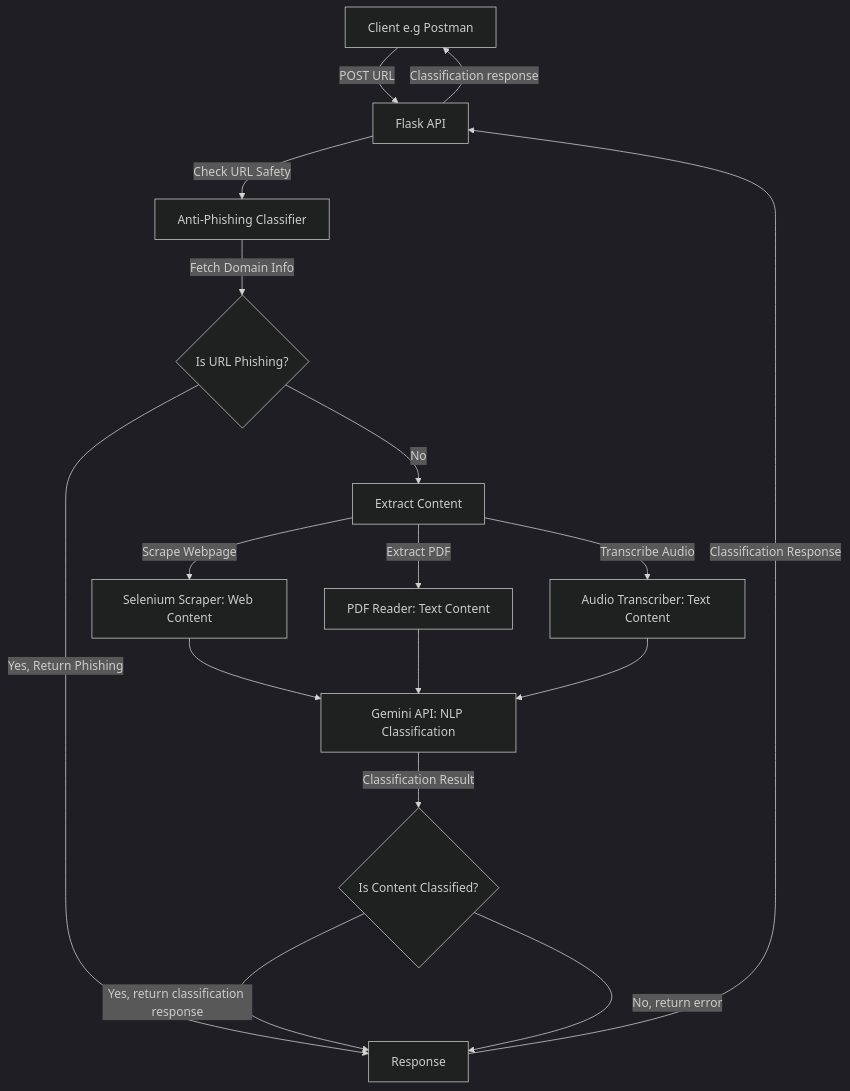
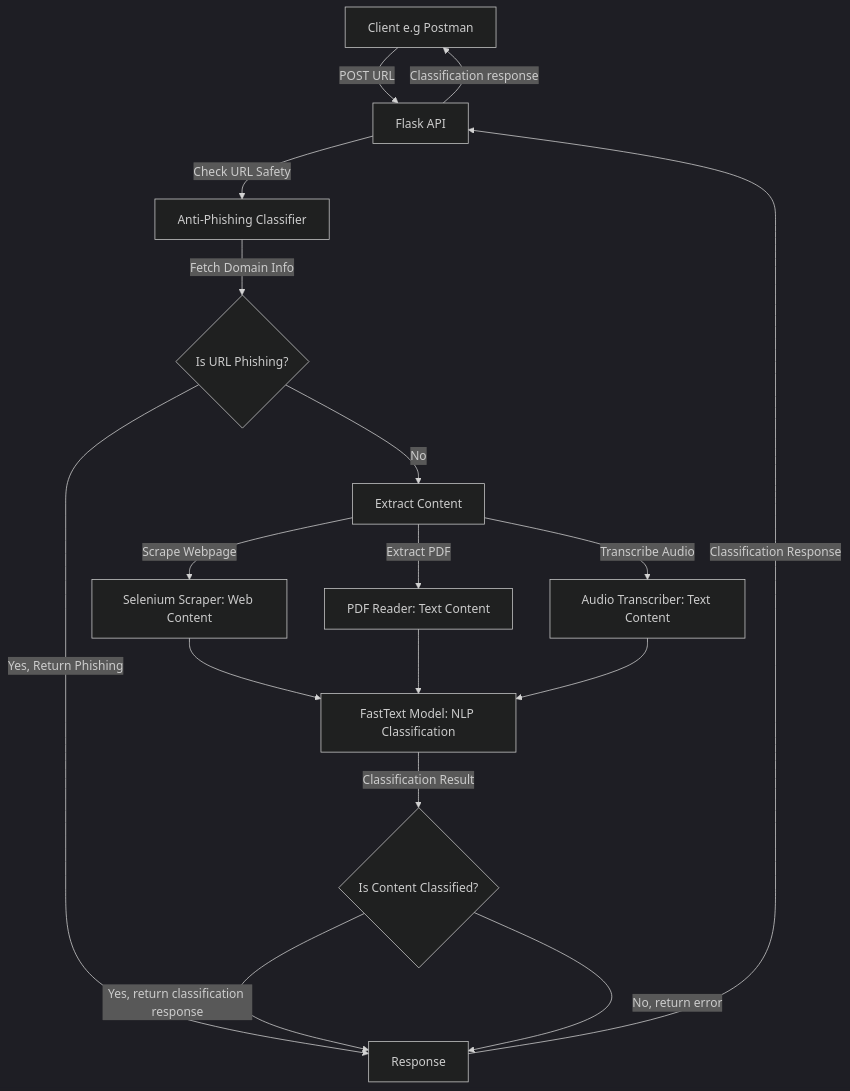
Before and after one commit to InvalcreInc/parental-control-classification: the diagram in README.md, drawn with Mermaid (dark theme). The commit also changed other lines of this file and 4 other files, not shown here.

````diff
--- a/README.md
+++ b/README.md
@@ -11,19 +11,19 @@
 ```mermaid
 graph TD
     A[Client e.g Postman] -->|POST URL| S[Flask API]
 	S-->|Classification response| A
     S -->|Check URL Safety| P[Anti-Phishing Classifier]
     P -->|Fetch Domain Info| C{Is URL Phishing?}
     C -->|Yes, Return Phishing | R[Response]
 	R --> |Classification Response| S
     C -->|No| D[Extract Content]
     D -->|Scrape Webpage| E[Selenium Scraper: Web Content]
     D -->|Extract PDF| F[PDF Reader: Text Content]
     D -->|Transcribe Audio| G[Audio Transcriber: Text Content]
-    E --> H[Gemini API: NLP Classification]
+    E --> H[FastText Model: NLP Classification]
     F --> H
     G --> H
     H -->|Classification Result| I{Is Content Classified?}
     I -->|Yes, return classification response|R
     I -->|No, return error| R
 ```
````
